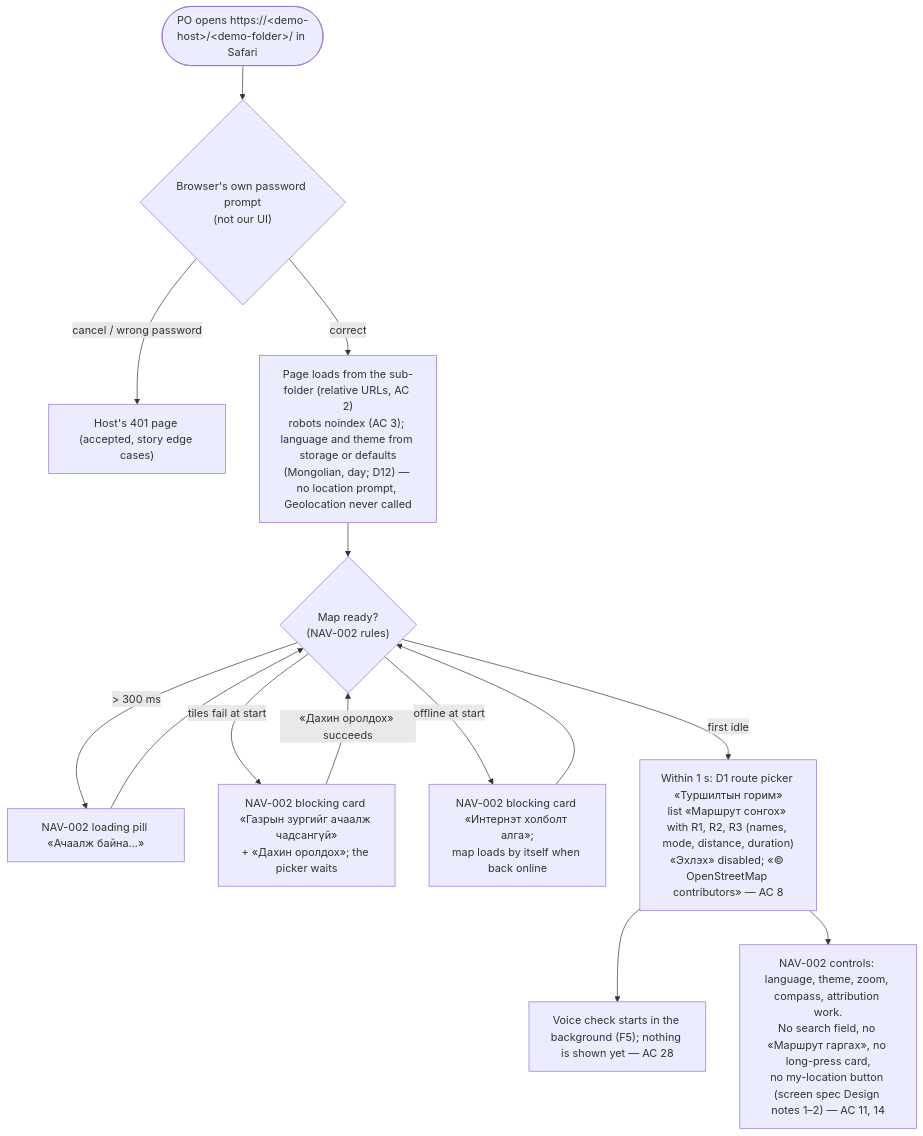
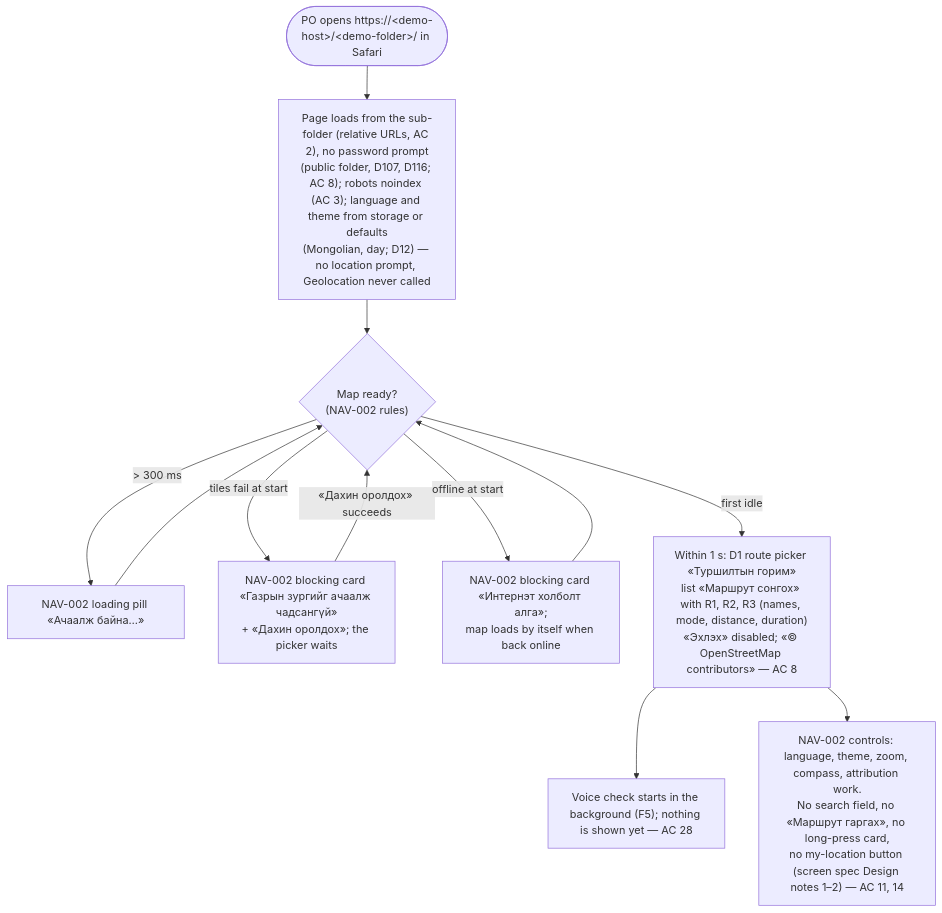
Before and after one commit to Uranbold/test.github.io: the second of 8 diagrams in docs/design/flows/NAV-017-web-demo-mode.md, drawn with Mermaid. The commit also changed other lines of this file and 29 other files, not shown here.

First line of the commit message:
Cleanup batch: NAV-006 decisions D127–D135 and fixes F1–F5; NAV-017 public demo docs; ADR updates; test plans; PO iPhone evidence; follow-ups triaged

````diff
--- a/docs/design/flows/NAV-017-web-demo-mode.md
+++ b/docs/design/flows/NAV-017-web-demo-mode.md
@@ -33,14 +31,12 @@
 ```mermaid
 flowchart TD
-    A(["PO opens https://#lt;demo-host#gt;/#lt;demo-folder#gt;/ in Safari"]) --> PW{"Browser's own password prompt<br/>(not our UI)"}
-    PW -- "cancel / wrong password" --> E401["Host's 401 page (accepted, story edge cases)"]
-    PW -- "correct" --> L["Page loads from the sub-folder (relative URLs, AC 2)<br/>robots noindex (AC 3); language and theme from storage or defaults<br/>(Mongolian, day; D12) — no location prompt, Geolocation never called"]
+    A(["PO opens https://#lt;demo-host#gt;/#lt;demo-folder#gt;/ in Safari"]) --> L["Page loads from the sub-folder (relative URLs, AC 2), no password prompt<br/>(public folder, D107, D116; AC 8); robots noindex (AC 3); language and theme from storage or defaults<br/>(Mongolian, day; D12) — no location prompt, Geolocation never called"]
     L --> T{"Map ready?<br/>(NAV-002 rules)"}
     T -- "> 300 ms" --> LD["NAV-002 loading pill «Ачаалж байна…»"] --> T
     T -- "tiles fail at start" --> TC["NAV-002 blocking card «Газрын зургийг ачаалж чадсангүй»<br/>+ «Дахин оролдох»; the picker waits"]
     TC -- "«Дахин оролдох» succeeds" --> T
     T -- "offline at start" --> OC["NAV-002 blocking card «Интернэт холболт алга»;<br/>map loads by itself when back online"] --> T
     T -- "first idle" --> D1["Within 1 s: D1 route picker «Туршилтын горим»<br/>list «Маршрут сонгох» with R1, R2, R3 (names, mode, distance, duration)<br/>«Эхлэх» disabled; «© OpenStreetMap contributors» — AC 8"]
     D1 --> V0["Voice check starts in the background (F5); nothing is shown yet — AC 28"]
     D1 --> NC["NAV-002 controls: language, theme, zoom, compass, attribution work.<br/>No search field, no «Маршрут гаргах», no long-press card,<br/>no my-location button (screen spec Design notes 1–2) — AC 11, 14"]
 ```
````
